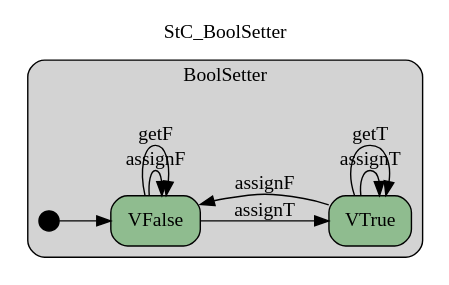
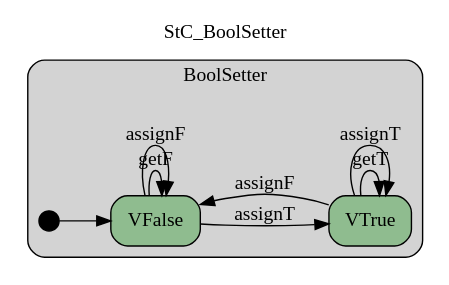
The diagram in Haskell/Statecharts/Examples/img/Stc_BoolSetter.gv (namalio/Fragmenta), drawn with Graphviz before and after one commit. The commit also changed other lines of this file and 70 other files, not shown here.

```diff
--- a/Haskell/Statecharts/Examples/img/Stc_BoolSetter.gv
+++ b/Haskell/Statecharts/Examples/img/Stc_BoolSetter.gv
@@ -1,23 +1,23 @@
 digraph {
 compound=true;
 rankdir=LR;
 label="StC_BoolSetter";
 labelloc=t;
 subgraph cluster_BoolSetter {
 style="filled,rounded";
 label ="BoolSetter";
 fillcolor = lightgray;
-VFalse [shape=box,fillcolor=darkseagreen,style="filled,rounded",label=VFalse];
-VTrue [shape=box,fillcolor=darkseagreen,style="filled,rounded",label=VTrue];
 init_St [shape = point,fillcolor=black,height=.2,width=.2,label=""];
 
+VTrue [shape=box,fillcolor=darkseagreen,style="filled,rounded",label=VTrue];
+VFalse [shape=box,fillcolor=darkseagreen,style="filled,rounded",label=VFalse];
 
+init_St->VFalse[label="",  ];
+VTrue->VFalse[label="assignF",  ];
+VTrue->VTrue[label="getT",  ];
+VFalse->VFalse[label="getF",  ];
+VFalse->VFalse[label="assignF",  ];
+VTrue->VTrue[label="assignT",  ];
 VFalse->VTrue[label="assignT",  ];
-VTrue->VTrue[label="assignT",  ];
-VFalse->VFalse[label="assignF",  ];
-VFalse->VFalse[label="getF",  ];
-VTrue->VTrue[label="getT",  ];
-VTrue->VFalse[label="assignF",  ];
-init_St->VFalse[label="",  ];
 }
 }
```
